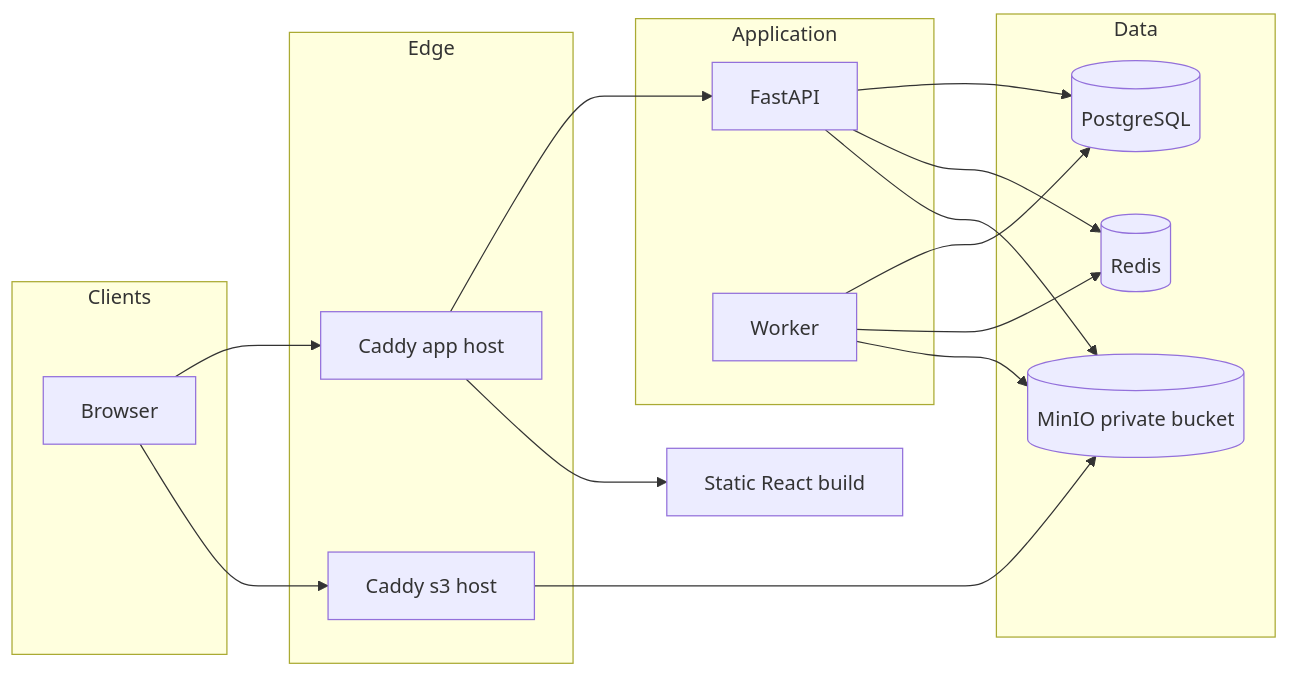
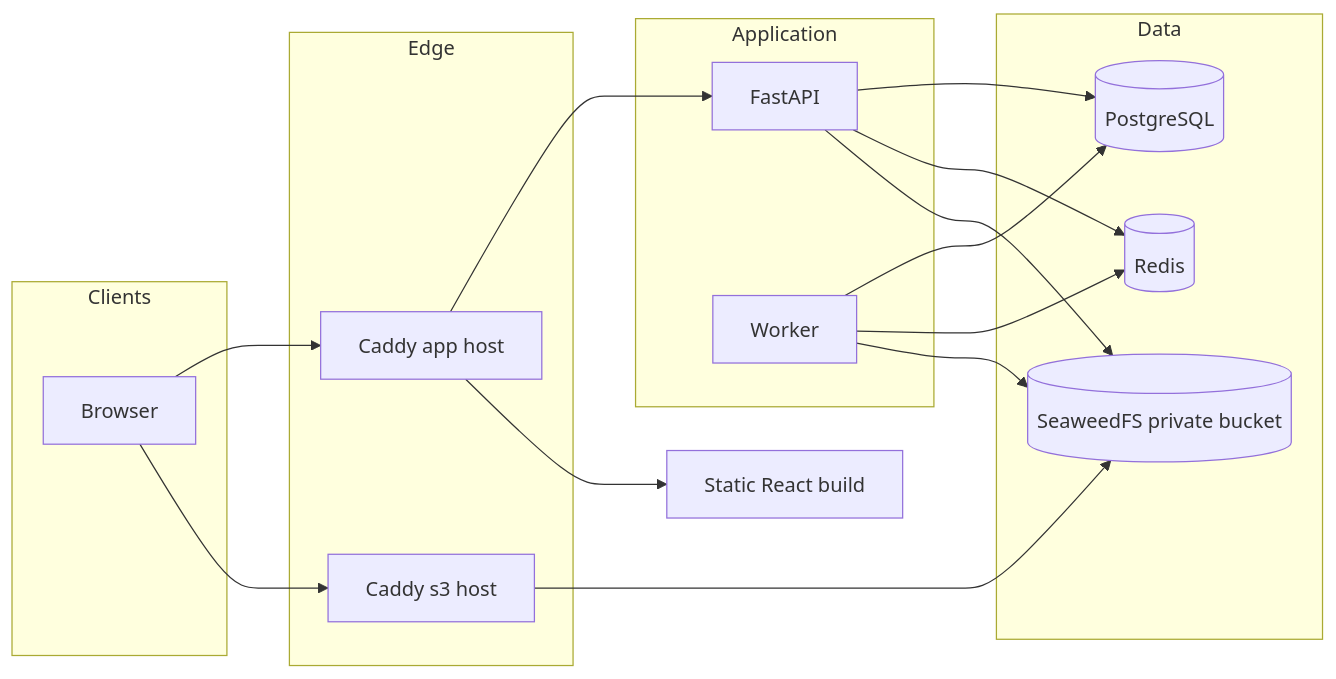
Before and after one commit to stackmesh/youtube-style-platform: the first of 3 diagrams in docs/SYSTEM_ARCHITECTURE.md, drawn with Mermaid. The commit also changed other lines of this file and 72 other files, not shown here.

````diff
--- a/docs/SYSTEM_ARCHITECTURE.md
+++ b/docs/SYSTEM_ARCHITECTURE.md
@@ -22,34 +22,34 @@
 ```mermaid
 flowchart LR
   subgraph clients [Clients]
     Browser[Browser]
   end
 
   subgraph edge [Edge]
     AppHost["Caddy app host"]
     S3Host["Caddy s3 host"]
   end
 
   subgraph compute [Application]
     API[FastAPI]
     Worker[Worker]
   end
 
   subgraph data [Data]
     PG[(PostgreSQL)]
     Redis[(Redis)]
-    MinIO[(MinIO private bucket)]
+    SeaweedFS[(SeaweedFS private bucket)]
   end
 
   Browser --> AppHost
   Browser --> S3Host
   AppHost --> API
   AppHost --> Static[Static React build]
-  S3Host --> MinIO
+  S3Host --> SeaweedFS
   API --> PG
   API --> Redis
-  API --> MinIO
+  API --> SeaweedFS
   Worker --> PG
   Worker --> Redis
-  Worker --> MinIO
+  Worker --> SeaweedFS
 ```
````
